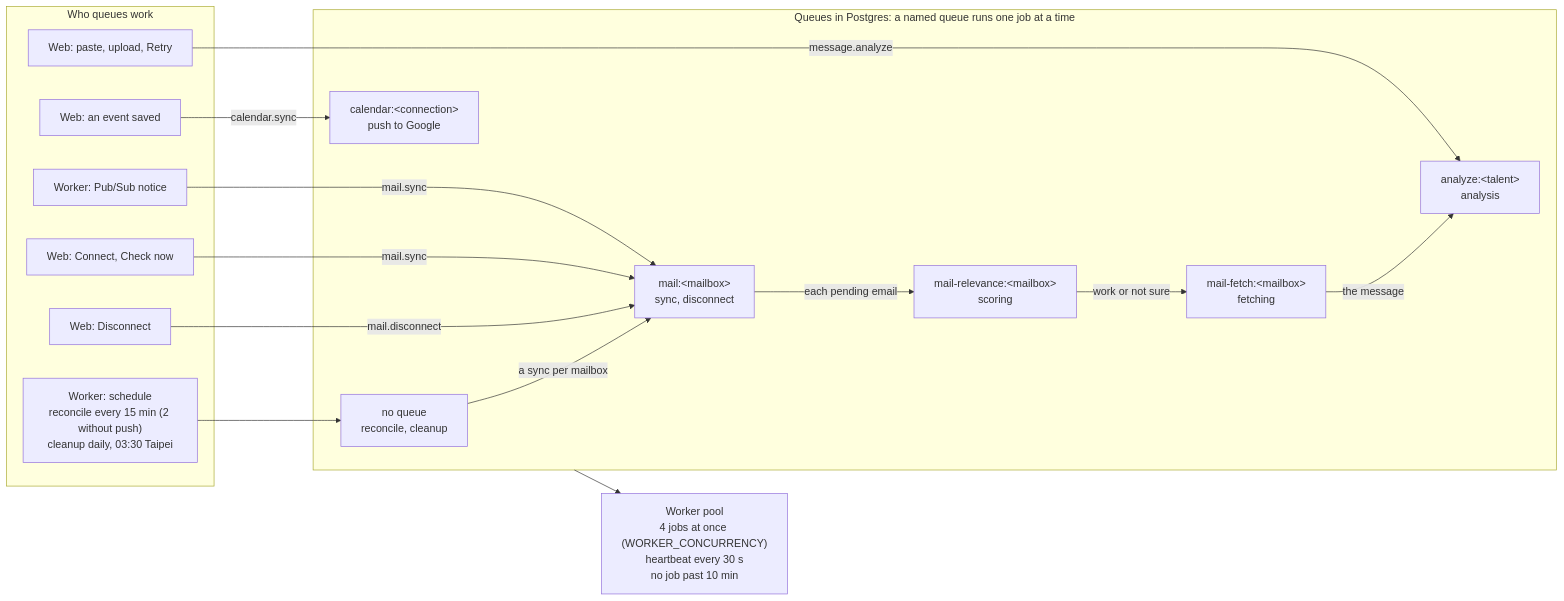
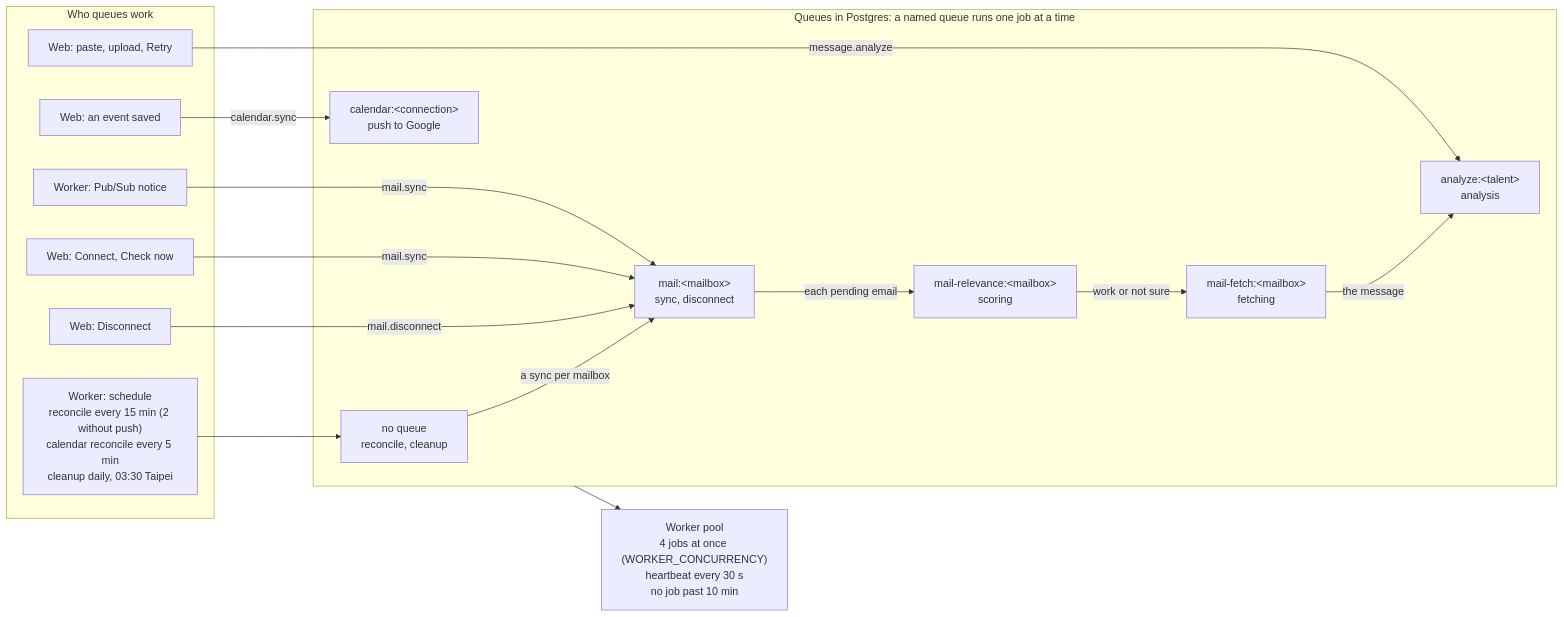
One commit to janiceyujie/talent_biz_os changed the third of 9 diagrams in docs/system-map.md. Above: the diagram before and after it, drawn with Mermaid. The commit also changed other lines of this file and 40 other files, not shown here.

````diff
--- a/docs/system-map.md
+++ b/docs/system-map.md
@@ -130,34 +130,34 @@
 ```mermaid
 flowchart LR
   subgraph Queues["Queues in Postgres: a named queue runs one job at a time"]
     QN["no queue<br/>reconcile, cleanup"]
     QM["mail:&lt;mailbox&gt;<br/>sync, disconnect"]
     QR["mail-relevance:&lt;mailbox&gt;<br/>scoring"]
     QF["mail-fetch:&lt;mailbox&gt;<br/>fetching"]
     QA["analyze:&lt;talent&gt;<br/>analysis"]
     QC["calendar:&lt;connection&gt;<br/>push to Google"]
   end
 
   subgraph Producers["Who queues work"]
-    C["Worker: schedule<br/>reconcile every 15 min (2 without push)<br/>cleanup daily, 03:30 Taipei"]
+    C["Worker: schedule<br/>reconcile every 15 min (2 without push)<br/>calendar reconcile every 5 min<br/>cleanup daily, 03:30 Taipei"]
     P["Worker: Pub/Sub notice"]
     A2["Web: Connect, Check now"]
     A3["Web: Disconnect"]
     A1["Web: paste, upload, Retry"]
     A4["Web: an event saved"]
   end
 
   C --> QN
   P -->|mail.sync| QM
   A2 -->|mail.sync| QM
   A3 -->|mail.disconnect| QM
   A1 -->|message.analyze| QA
   A4 -->|calendar.sync| QC
 
   QN -->|a sync per mailbox| QM
   QM -->|each pending email| QR
   QR -->|work or not sure| QF
   QF -->|the message| QA
 
   Queues --> WK["Worker pool<br/>4 jobs at once (WORKER_CONCURRENCY)<br/>heartbeat every 30 s<br/>no job past 10 min"]
 ```
````
